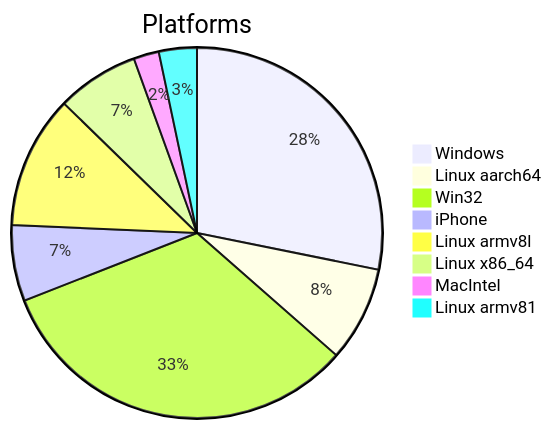
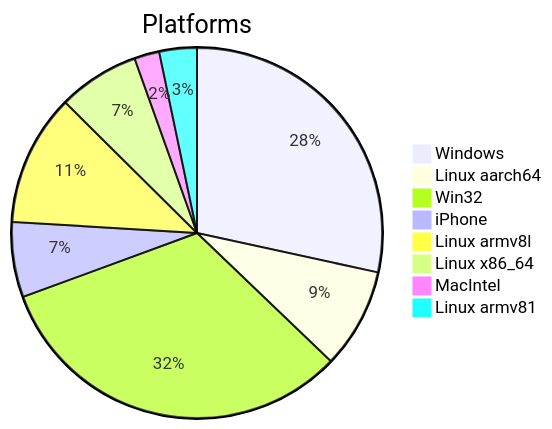
One commit to Krugou/socials changed the first of 2 diagrams in DATA_REPORT.md. Above: the diagram before and after it, drawn with Mermaid. The commit also changed other lines of this file and 2 other files, not shown here.

````diff
--- a/DATA_REPORT.md
+++ b/DATA_REPORT.md
@@ -9,11 +9,11 @@
 ```mermaid
 pie title Platforms
-    "Windows" : 51
-    "Linux aarch64" : 15
+    "Windows" : 52
+    "Linux aarch64" : 16
     "Win32" : 59
     "iPhone" : 12
     "Linux armv8l" : 21
     "Linux x86_64" : 13
     "MacIntel" : 4
     "Linux armv81" : 6
 ```
````
